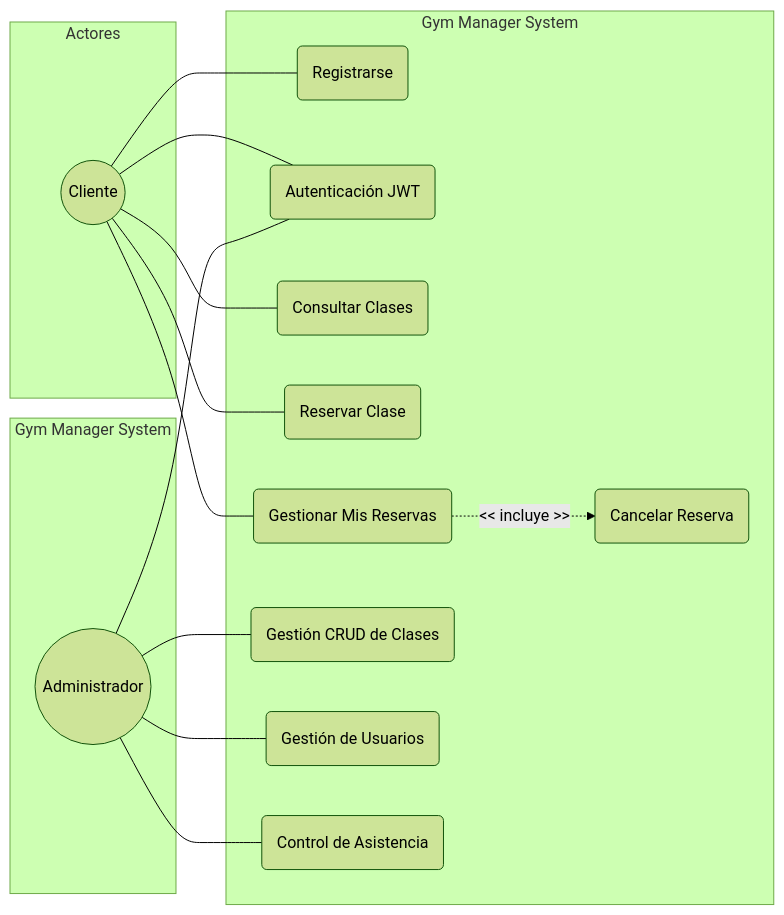
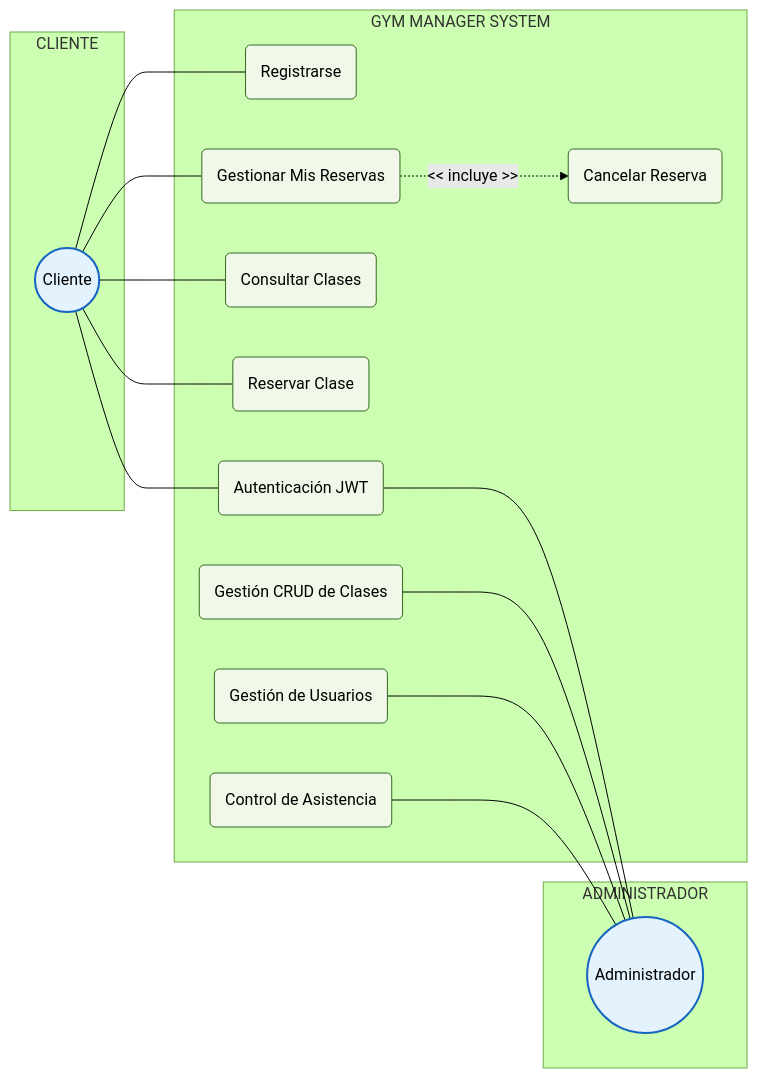
The diagram in README.md (rafaAuEs/orto_p_f_para_orto), drawn with Mermaid (forest theme) before and after one commit.

Commit message:
Diagrama con colores

````diff
--- a/README.md
+++ b/README.md
@@ -20,35 +20,49 @@
 ```mermaid
 graph LR
-    subgraph "Actores"
+    %% Estilos de nodos
+    classDef actor fill:#e3f2fd,stroke:#1565c0,stroke-width:2px;
+    classDef system fill:#ffffff,stroke:#37474f,stroke-width:2px,stroke-dasharray: 5 5;
+    classDef usecase fill:#f1f8e9,stroke:#33691e,stroke-width:1px;
+
+    %% Posición Izquierda
+    subgraph "CLIENTE"
         C((Cliente))
     end
 
-    subgraph "Gym Manager System"
+    %% Posición Centro
+    subgraph "GYM MANAGER SYSTEM"
         UC1(Registrarse)
         UC2(Autenticación JWT)
         UC3(Consultar Clases)
         UC4(Reservar Clase)
         UC5(Gestionar Mis Reservas)
         UC6(Cancelar Reserva)
         
         UC7(Gestión CRUD de Clases)
         UC8(Gestión de Usuarios)
         UC9(Control de Asistencia)
     end
 
+    %% Posición Derecha
+    subgraph "ADMINISTRADOR"
+        A((Administrador))
+    end
+
+    %% Conexiones Cliente
     C --- UC1
     C --- UC2
     C --- UC3
     C --- UC4
     C --- UC5
     UC5 -. << incluye >> .-> UC6
     
-    A --- UC2
-    A --- UC7
-    A --- UC8
-    A --- UC9
+    %% Conexiones Administrador (Invertidas para forzar posición a la derecha)
+    UC2 --- A
+    UC7 --- A
+    UC8 --- A
+    UC9 --- A
 
-    subgraph "Gym Manager System"
-       A((Administrador))  
-    end
+    %% Asignación de estilos
+    class C,A actor;
+    class UC1,UC2,UC3,UC4,UC5,UC6,UC7,UC8,UC9 usecase;
 ```
````
